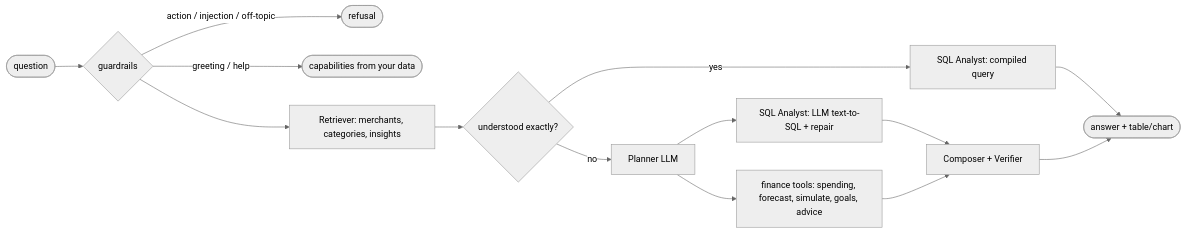
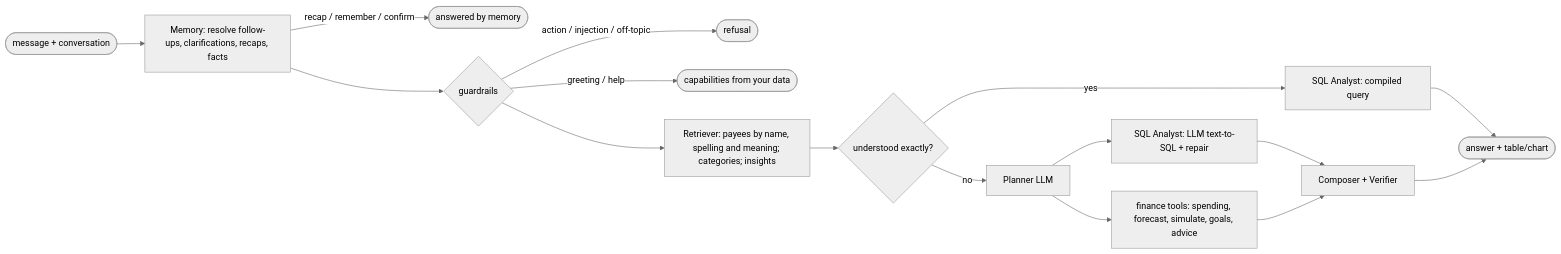
One commit to vinaymh-ai/FinPilot changed the second of 2 diagrams in README.md. Above: the diagram before and after it, drawn with Mermaid (neutral theme). The commit also changed other lines of this file and 24 other files, not shown here.

````diff
--- a/README.md
+++ b/README.md
@@ -201,15 +212,17 @@
 ```mermaid
 graph LR
-    Q([question]) --> G{guardrails}
+    Q([message + conversation]) --> M[Memory: resolve follow-ups, clarifications, recaps, facts]
+    M -- recap / remember / confirm --> MA([answered by memory])
+    M --> G{guardrails}
     G -- action / injection / off-topic --> R([refusal])
     G -- greeting / help --> C([capabilities from your data])
-    G --> RET[Retriever: merchants, categories, insights]
+    G --> RET[Retriever: payees by name, spelling and meaning; categories; insights]
     RET --> P{understood exactly?}
     P -- yes --> SQL[SQL Analyst: compiled query]
     P -- no --> PL[Planner LLM]
     PL --> T[finance tools: spending, forecast, simulate, goals, advice]
     PL --> SQL2[SQL Analyst: LLM text-to-SQL + repair]
     SQL --> A([answer + table/chart])
     SQL2 --> CV[Composer + Verifier] --> A
     T --> CV
 ```
````
